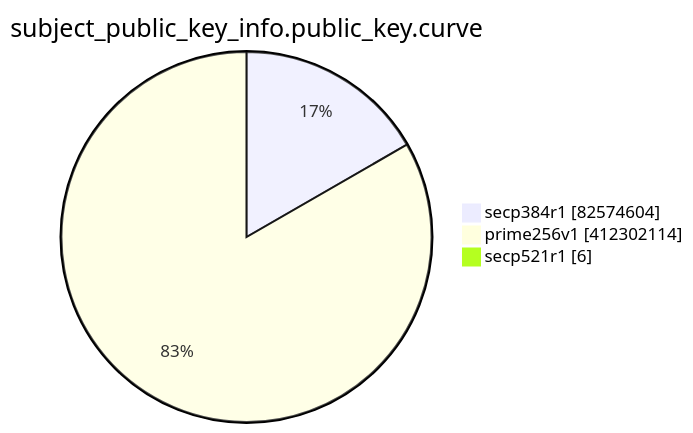
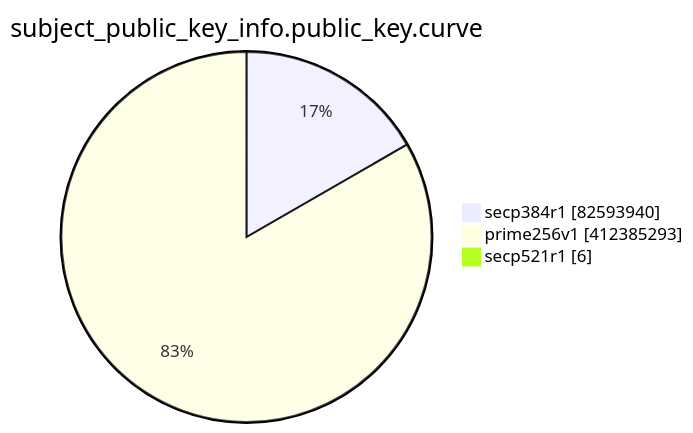
The eighth of 15 diagrams in TOTAL/README.md (christiankrug/ctmonitor_visualization), drawn with Mermaid before and after one commit. The commit also changed other lines of this file, not shown here.

````diff
--- a/TOTAL/README.md
+++ b/TOTAL/README.md
@@ -3097,7 +3097,7 @@
 ```mermaid
 pie showData
 title subject_public_key_info.public_key.curve
-"secp384r1" :82574604
-"prime256v1" :412302114
+"secp384r1" :82593940
+"prime256v1" :412385293
 "secp521r1" :6
 ```
````
